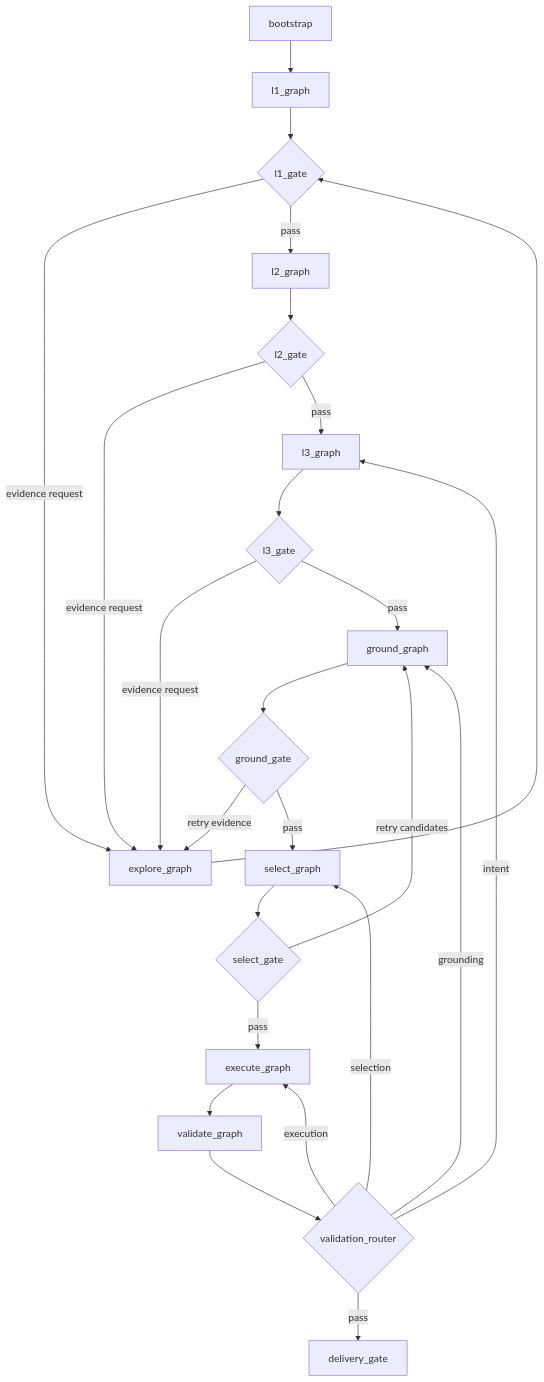
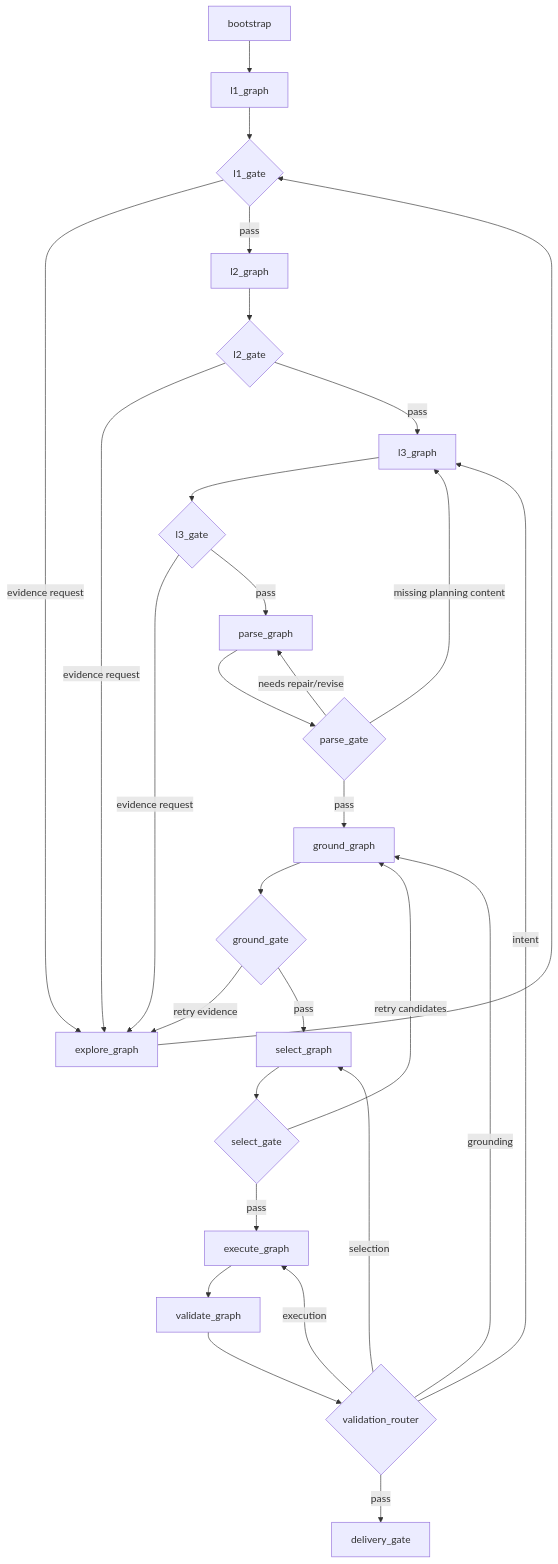
One commit to hanyi690/Village_Planning_Agent changed the first of 2 diagrams in docs/architecture/agent-graph.md. Above: the diagram before and after it, drawn with Mermaid. The commit also changed other lines of this file and 4 other files, not shown here.

First line of the commit message:
feat(wave-a1): PARSE top-level stage contracts + hybrid repair design docs

````diff
--- a/docs/architecture/agent-graph.md
+++ b/docs/architecture/agent-graph.md
@@ -22,27 +22,31 @@
 ```mermaid
 flowchart TD
     Bootstrap["bootstrap"] --> L1["l1_graph"]
     L1 --> L1Gate{"l1_gate"}
     L1Gate -->|evidence request| Explore["explore_graph"]
     Explore --> L1Gate
     L1Gate -->|pass| L2["l2_graph"]
     L2 --> L2Gate{"l2_gate"}
     L2Gate -->|evidence request| Explore
     L2Gate -->|pass| L3["l3_graph"]
     L3 --> L3Gate{"l3_gate"}
     L3Gate -->|evidence request| Explore
-    L3Gate -->|pass| Ground["ground_graph"]
+    L3Gate -->|pass| Parse["parse_graph"]
+    Parse --> ParseGate{"parse_gate"}
+    ParseGate -->|needs repair/revise| Parse
+    ParseGate -->|missing planning content| L3
+    ParseGate -->|pass| Ground["ground_graph"]
     Ground --> GroundGate{"ground_gate"}
     GroundGate -->|retry evidence| Explore
     GroundGate -->|pass| Select["select_graph"]
     Select --> SelectGate{"select_gate"}
     SelectGate -->|retry candidates| Ground
     SelectGate -->|pass| Execute["execute_graph"]
     Execute --> Validate["validate_graph"]
     Validate --> Router{"validation_router"}
     Router -->|intent| L3
     Router -->|grounding| Ground
     Router -->|selection| Select
     Router -->|execution| Execute
     Router -->|pass| Delivery["delivery_gate"]
 ```
````
